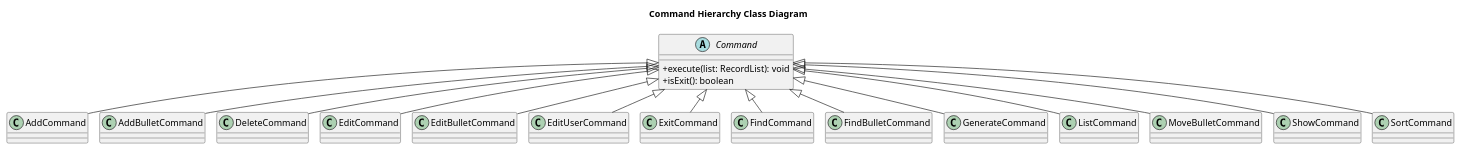
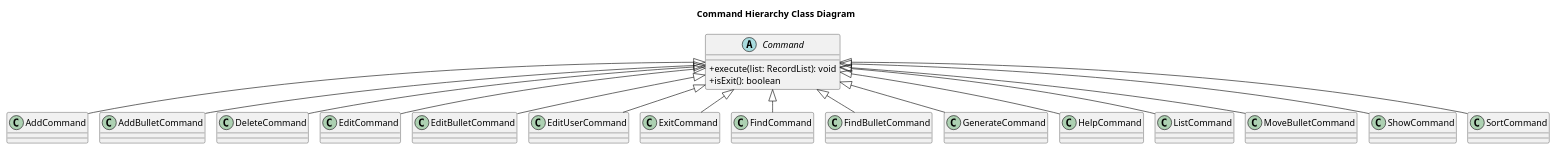
The diagram in docs/diagrams/CommandHierarchyClassDiagram.puml (Unicornyingg/tp), drawn with PlantUML before and after one commit. The commit also changed 9 other files, not shown here.

Commit message:
Align diagrams and PPP with parser checkstyle updates

```diff
--- a/docs/diagrams/CommandHierarchyClassDiagram.puml
+++ b/docs/diagrams/CommandHierarchyClassDiagram.puml
@@ -1,42 +1,44 @@
 @startuml
 !pragma layout smetana
 skinparam classAttributeIconSize 0
 
 title Command Hierarchy Class Diagram
 
 abstract class Command {
   +execute(list: RecordList): void
   +isExit(): boolean
 }
 
 class AddCommand
 class AddBulletCommand
 class DeleteCommand
 class EditCommand
 class EditBulletCommand
 class EditUserCommand
 class ExitCommand
 class FindCommand
 class FindBulletCommand
 class GenerateCommand
+class HelpCommand
 class ListCommand
 class MoveBulletCommand
 class ShowCommand
 class SortCommand
 
 Command <|-- AddCommand
 Command <|-- AddBulletCommand
 Command <|-- DeleteCommand
 Command <|-- EditCommand
 Command <|-- EditBulletCommand
 Command <|-- EditUserCommand
 Command <|-- ExitCommand
 Command <|-- FindCommand
 Command <|-- FindBulletCommand
 Command <|-- GenerateCommand
+Command <|-- HelpCommand
 Command <|-- ListCommand
 Command <|-- MoveBulletCommand
 Command <|-- ShowCommand
 Command <|-- SortCommand
 
 @enduml
```
